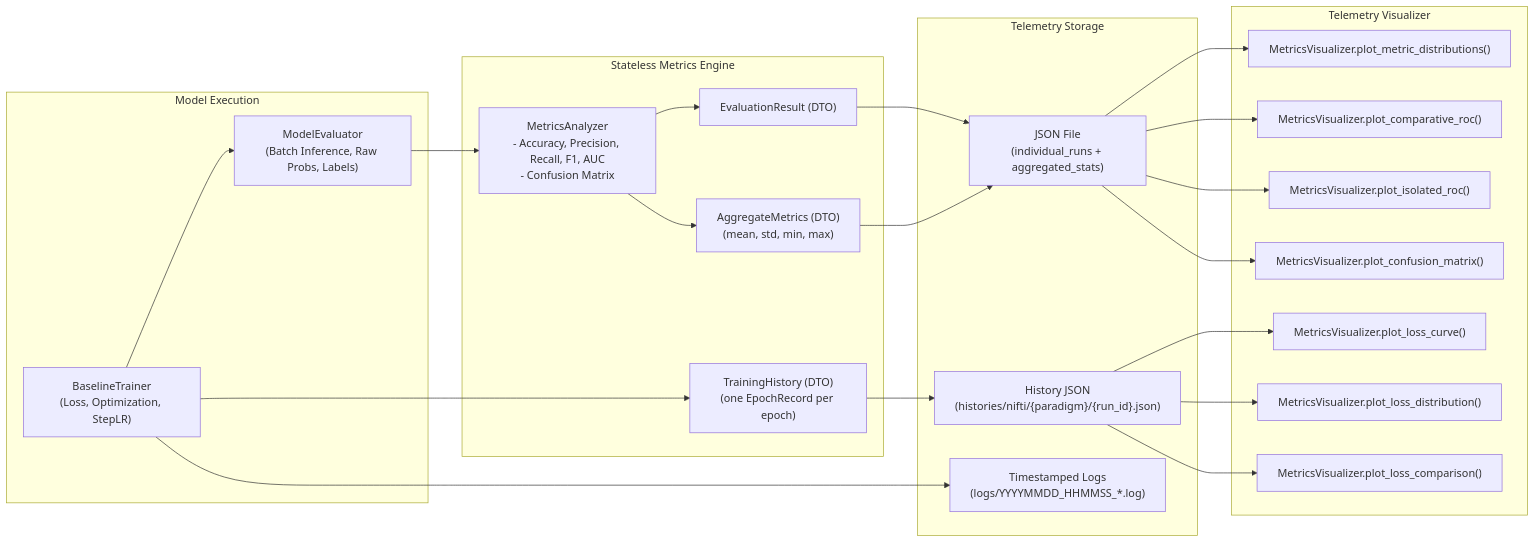
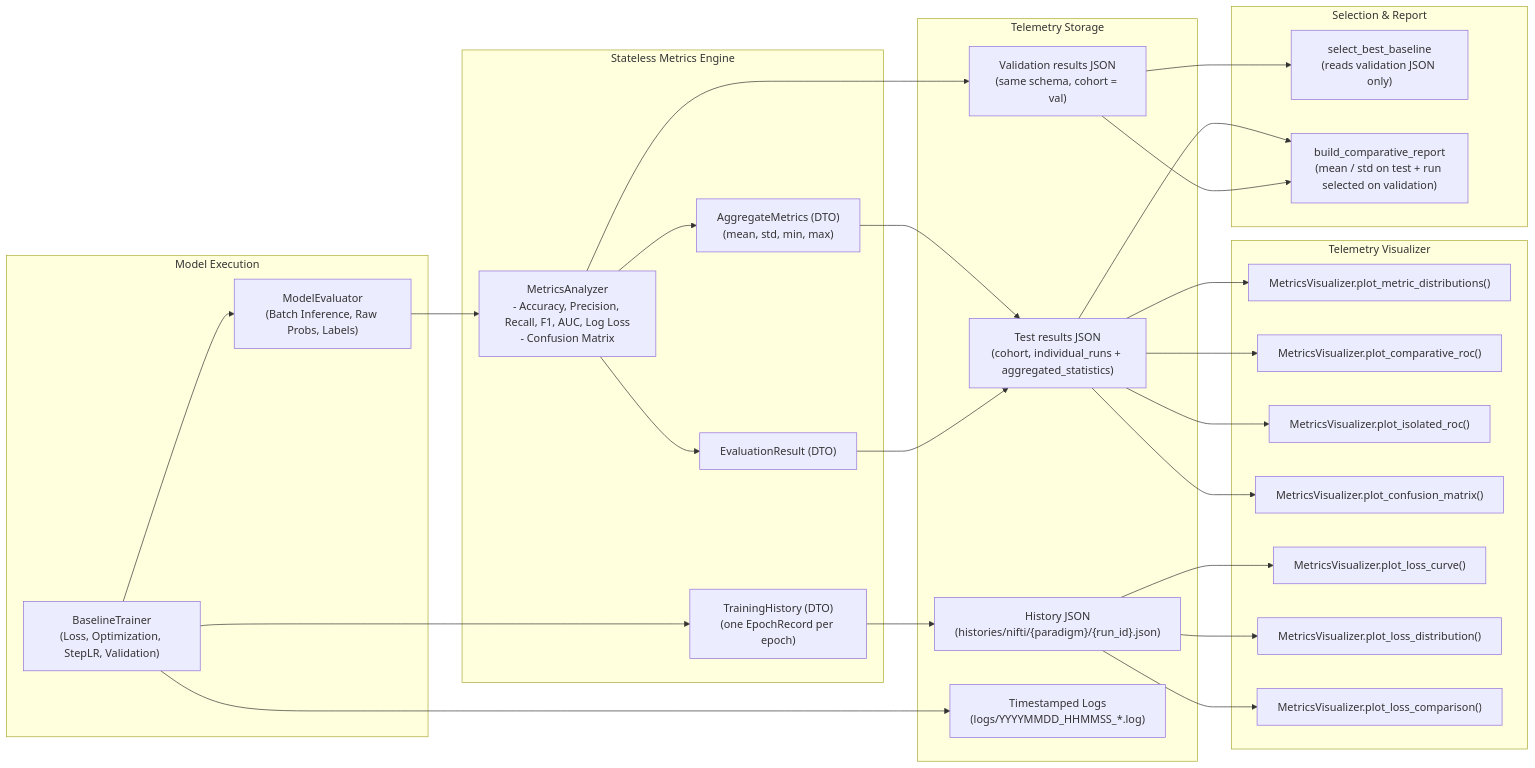
The sixth of 6 diagrams in docs/architecture.md (IC-QML-QTL-Dementia-Detection/dementia-boost), drawn with Mermaid before and after one commit. The commit also changed other lines of this file and 1 other file, not shown here.

Commit message:
docs: describe the three-cohort split, the manifest and selection on validation

````diff
--- a/docs/architecture.md
+++ b/docs/architecture.md
@@ -250,44 +285,54 @@
 ```mermaid
 flowchart LR
     subgraph Execution ["Model Execution"]
-        TRAINER["BaselineTrainer<br/>(Loss, Optimization, StepLR)"]
+        TRAINER["BaselineTrainer<br/>(Loss, Optimization, StepLR, Validation)"]
         EVAL["ModelEvaluator<br/>(Batch Inference, Raw Probs, Labels)"]
     end
 
     subgraph MetricsDTO ["Stateless Metrics Engine"]
-        ANALYZER["MetricsAnalyzer<br/>- Accuracy, Precision, Recall, F1, AUC<br/>- Confusion Matrix"]
+        ANALYZER["MetricsAnalyzer<br/>- Accuracy, Precision, Recall, F1, AUC, Log Loss<br/>- Confusion Matrix"]
         DTO_INDIV["EvaluationResult (DTO)"]
         DTO_AGGR["AggregateMetrics (DTO)<br/>(mean, std, min, max)"]
         DTO_HIST["TrainingHistory (DTO)<br/>(one EpochRecord per epoch)"]
     end
 
     subgraph Storage ["Telemetry Storage"]
-        JSON_STORE["JSON File<br/>(individual_runs + aggregated_stats)"]
+        JSON_STORE["Test results JSON<br/>(cohort, individual_runs + aggregated_statistics)"]
+        JSON_VAL["Validation results JSON<br/>(same schema, cohort = val)"]
         JSON_HIST["History JSON<br/>(histories/nifti/{paradigm}/{run_id}.json)"]
         LOGS["Timestamped Logs<br/>(logs/YYYYMMDD_HHMMSS_*.log)"]
+    end
+
+    subgraph Selection ["Selection & Report"]
+        SELECT["select_best_baseline<br/>(reads validation JSON only)"]
+        REPORT["build_comparative_report<br/>(mean / std on test + run selected on validation)"]
     end
 
     subgraph Visualization ["Telemetry Visualizer"]
         BOXPLOT["MetricsVisualizer.plot_metric_distributions()"]
         ROC_AGG["MetricsVisualizer.plot_comparative_roc()"]
         ROC_ISO["MetricsVisualizer.plot_isolated_roc()"]
         CONF_MAT["MetricsVisualizer.plot_confusion_matrix()"]
         LOSS_CURVE["MetricsVisualizer.plot_loss_curve()"]
         LOSS_DIST["MetricsVisualizer.plot_loss_distribution()"]
         LOSS_CMP["MetricsVisualizer.plot_loss_comparison()"]
     end
 
     TRAINER --> EVAL
     EVAL --> ANALYZER
     ANALYZER --> DTO_INDIV --> JSON_STORE
     ANALYZER --> DTO_AGGR --> JSON_STORE
+    ANALYZER --> JSON_VAL
+    JSON_VAL --> SELECT
+    JSON_VAL --> REPORT
+    JSON_STORE --> REPORT
     TRAINER --> LOGS
     JSON_STORE --> BOXPLOT
     JSON_STORE --> ROC_AGG
     JSON_STORE --> ROC_ISO
     JSON_STORE --> CONF_MAT
     TRAINER --> DTO_HIST --> JSON_HIST
     JSON_HIST --> LOSS_CURVE
     JSON_HIST --> LOSS_DIST
     JSON_HIST --> LOSS_CMP
 ```
````
